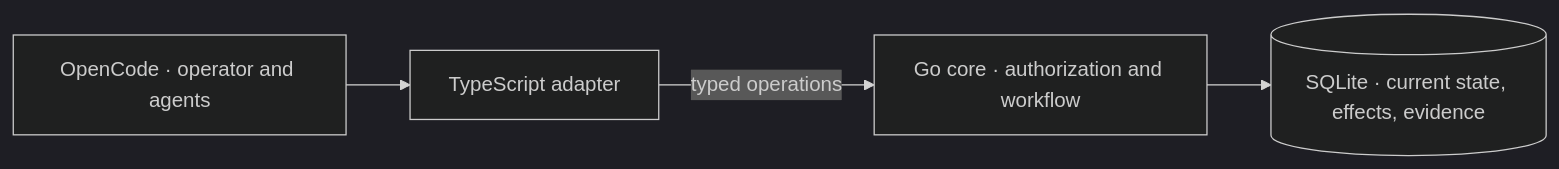
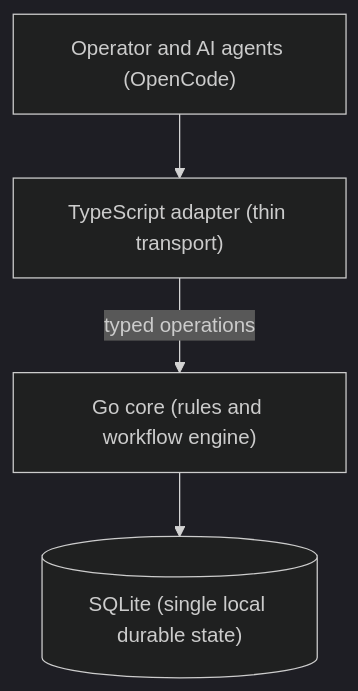
Before and after one commit to Sharper-Flow/concord: the second of 2 diagrams in README.md, drawn with Mermaid (dark theme). The commit also changed other lines of this file, not shown here.

````diff
--- a/README.md
+++ b/README.md
@@ -208,6 +105,7 @@
 ```mermaid
-flowchart LR
-    Host["OpenCode · operator and agents"] --> Adapter["TypeScript adapter"]
-    Adapter -->|typed operations| Core["Go core · authorization and workflow"]
-    Core --> Store[("SQLite · current state, effects, evidence")]
+flowchart TD
+    Host["Operator and AI agents (OpenCode)"]
+    Host --> Adapter["TypeScript adapter (thin transport)"]
+    Adapter -->|typed operations| Core["Go core (rules and workflow engine)"]
+    Core --> Store[("SQLite (single local durable state)")]
 ```
````
